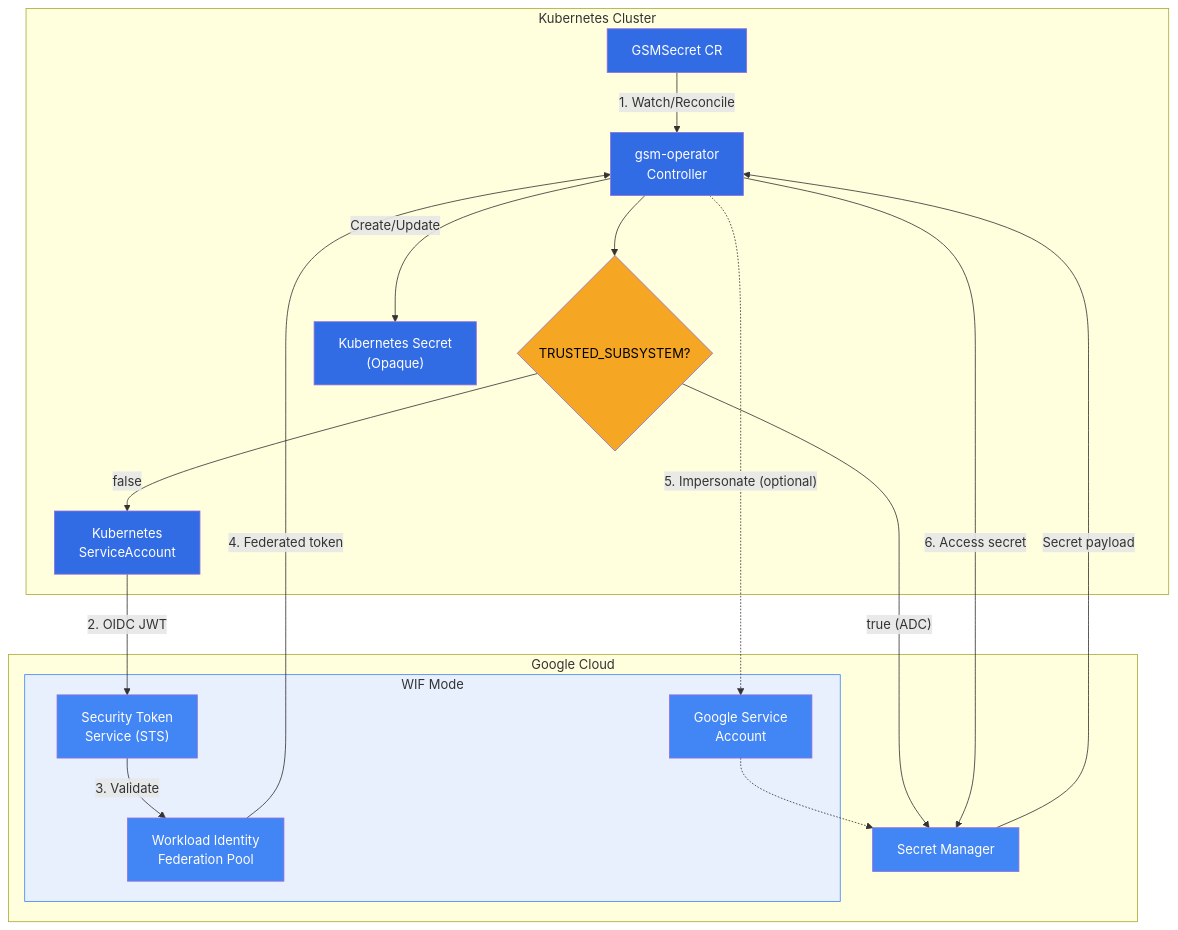
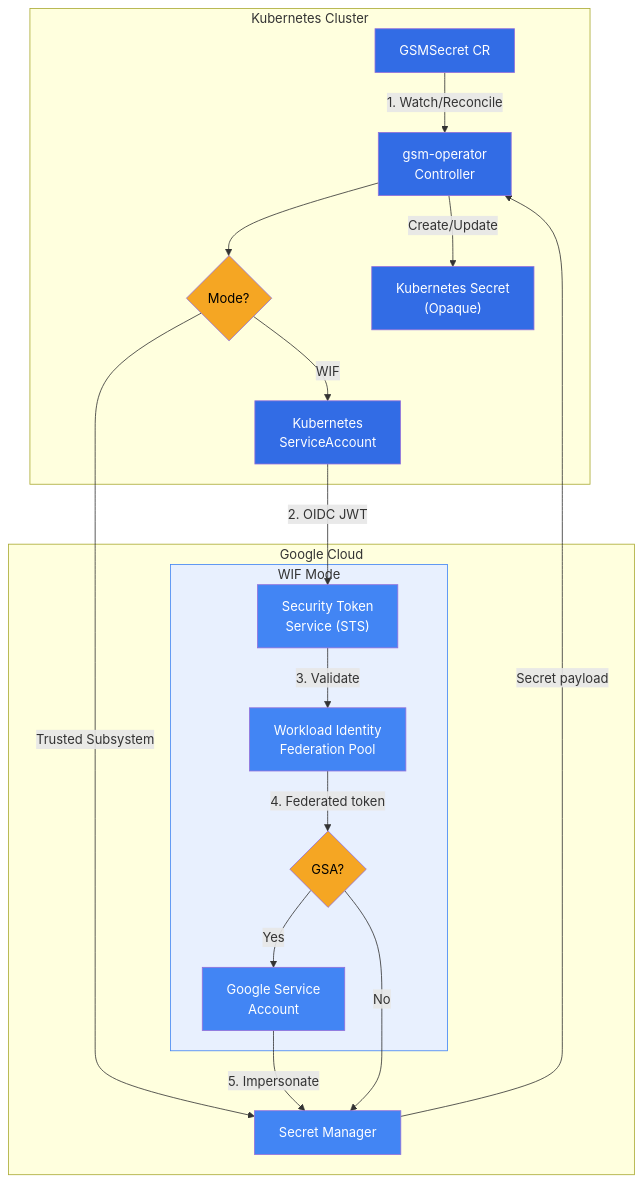
The diagram in README.md (zeraholladay/gsm-operator), drawn with Mermaid before and after one commit.

````diff
--- a/README.md
+++ b/README.md
@@ -42,49 +42,51 @@
 ```mermaid
 flowchart TB
     subgraph k8s["Kubernetes Cluster"]
         gsmsecret["GSMSecret CR"]
         controller["gsm-operator<br/>Controller"]
-        mode{"TRUSTED_SUBSYSTEM?"}
+        mode{"Mode?"}
         ksa["Kubernetes<br/>ServiceAccount"]
         secret["Kubernetes Secret<br/>(Opaque)"]
     end
     
     subgraph gcp["Google Cloud"]
         subgraph wifflow["WIF Mode"]
+            sts["Security Token<br/>Service (STS)"]
             wif["Workload Identity<br/>Federation Pool"]
-            sts["Security Token<br/>Service (STS)"]
+            impersonate{"GSA?"}
             gsa["Google Service<br/>Account"]
         end
         gsm["Secret Manager"]
     end
     
     gsmsecret -->|"1. Watch/Reconcile"| controller
     controller --> mode
     
     %% Trusted Subsystem Mode (direct path via ADC)
-    mode -->|"true (ADC)"| gsm
+    mode -->|"Trusted Subsystem"| gsm
     
     %% WIF Mode
-    mode -->|"false"| ksa
+    mode -->|"WIF"| ksa
     ksa -->|"2. OIDC JWT"| sts
     sts -->|"3. Validate"| wif
-    wif -->|"4. Federated token"| controller
-    controller -.->|"5. Impersonate (optional)"| gsa
-    gsa -.-> gsm
-    controller -->|"6. Access secret"| gsm
+    wif -->|"4. Federated token"| impersonate
+    impersonate -->|"Yes"| gsa
+    gsa -->|"5. Impersonate"| gsm
+    impersonate -->|"No"| gsm
     
     %% Common return path
     gsm -->|"Secret payload"| controller
     controller -->|"Create/Update"| secret
 
     style gsmsecret fill:#326ce5,color:#fff
     style secret fill:#326ce5,color:#fff
     style controller fill:#326ce5,color:#fff
     style ksa fill:#326ce5,color:#fff
     style mode fill:#f5a623,color:#000
+    style impersonate fill:#f5a623,color:#000
     style gsm fill:#4285f4,color:#fff
     style wif fill:#4285f4,color:#fff
     style sts fill:#4285f4,color:#fff
     style gsa fill:#4285f4,color:#fff
     style wifflow fill:#e8f0fe,stroke:#4285f4
 ```
````
